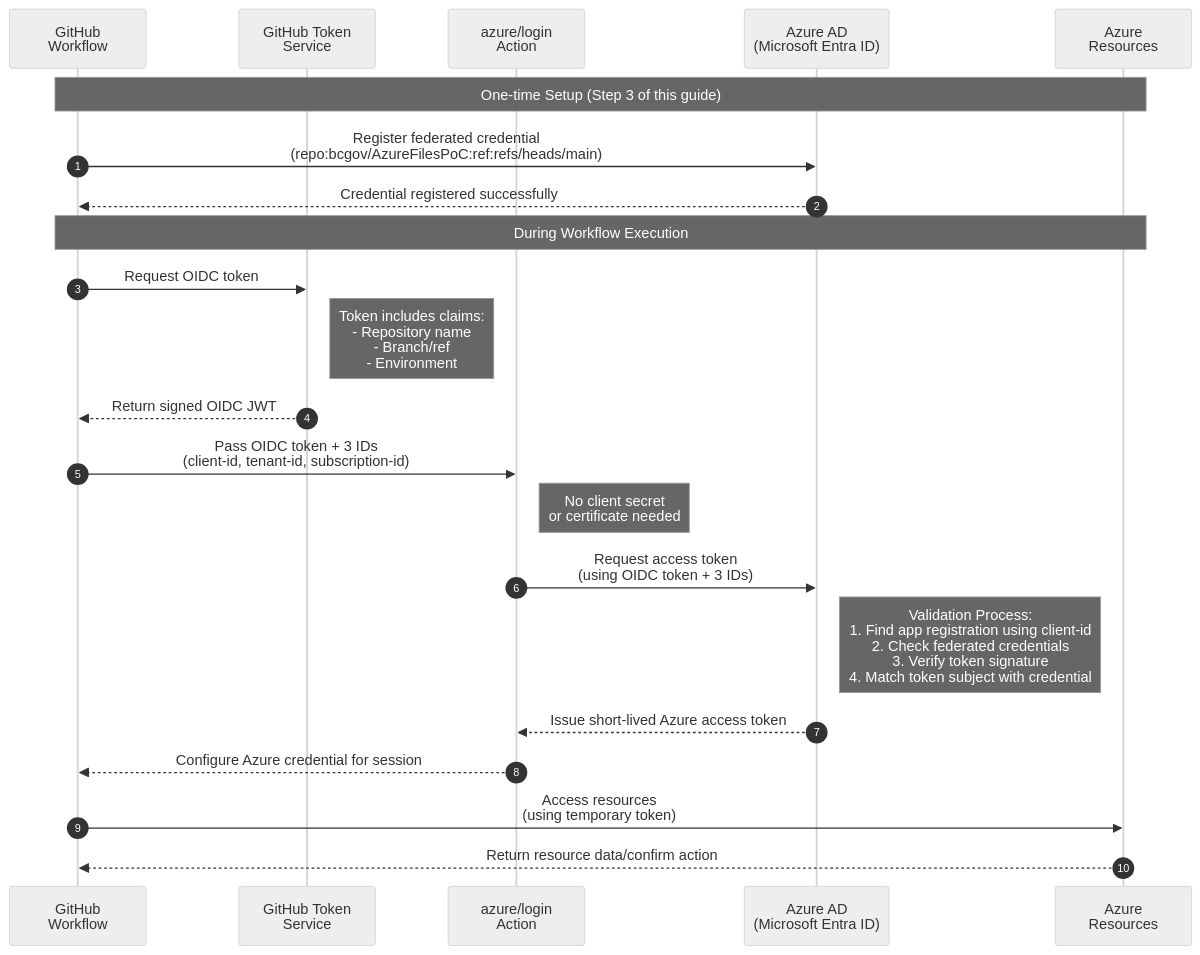
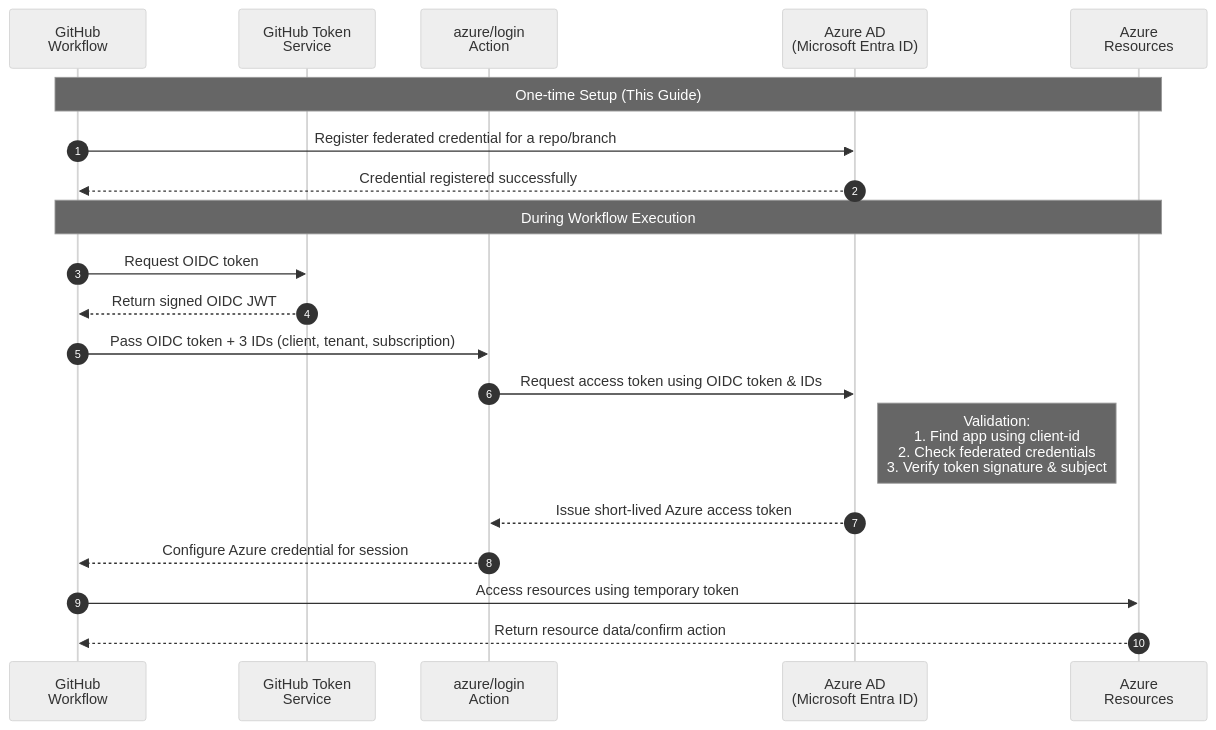
Before and after one commit to bcgov/AzureFilesPoC: the second of 2 diagrams in OneTimeActivities/RegisterApplicationInAzureAndOIDC/README.md, drawn with Mermaid (neutral theme). The commit also changed other lines of this file and 73 other files, not shown here.

Commit message:
Rename workflow to 'Azure Files PoC Deploy Infrastructure' and ensure all module and environment changes for file share tagging and variable usage are included.

````diff
--- a/OneTimeActivities/RegisterApplicationInAzureAndOIDC/README.md
+++ b/OneTimeActivities/RegisterApplicationInAzureAndOIDC/README.md
@@ -146,32 +326,28 @@
 ```mermaid
 sequenceDiagram
     autonumber
     participant GHWorkflow as GitHub<br>Workflow
     participant GHToken as GitHub Token<br>Service
     participant AzLogin as azure/login<br>Action
     participant AzAD as Azure AD<br>(Microsoft Entra ID)
     participant AzResource as Azure<br>Resources
     
-    Note over GHWorkflow,AzResource: One-time Setup (Step 3 of this guide)
-    GHWorkflow->>AzAD: Register federated credential<br>(repo:bcgov/AzureFilesPoC:ref:refs/heads/main)
+    Note over GHWorkflow,AzResource: One-time Setup (This Guide)
+    GHWorkflow->>AzAD: Register federated credential for a repo/branch
     AzAD-->>GHWorkflow: Credential registered successfully
     
     Note over GHWorkflow,AzResource: During Workflow Execution
-    
     GHWorkflow->>GHToken: Request OIDC token
-    Note right of GHToken: Token includes claims:<br>- Repository name<br>- Branch/ref<br>- Environment
     GHToken-->>GHWorkflow: Return signed OIDC JWT
     
-    GHWorkflow->>AzLogin: Pass OIDC token + 3 IDs<br>(client-id, tenant-id, subscription-id)
-    Note right of AzLogin: No client secret<br>or certificate needed
+    GHWorkflow->>AzLogin: Pass OIDC token + 3 IDs (client, tenant, subscription)
+    AzLogin->>AzAD: Request access token using OIDC token & IDs
     
-    AzLogin->>AzAD: Request access token<br>(using OIDC token + 3 IDs)
-    
-    Note right of AzAD: Validation Process:<br>1. Find app registration using client-id<br>2. Check federated credentials<br>3. Verify token signature<br>4. Match token subject with credential
+    Note right of AzAD: Validation: <br>1. Find app using client-id<br>2. Check federated credentials<br>3. Verify token signature & subject
     
     AzAD-->>AzLogin: Issue short-lived Azure access token
     AzLogin-->>GHWorkflow: Configure Azure credential for session
     
-    GHWorkflow->>AzResource: Access resources<br>(using temporary token)
+    GHWorkflow->>AzResource: Access resources using temporary token
     AzResource-->>GHWorkflow: Return resource data/confirm action
 ```
````
